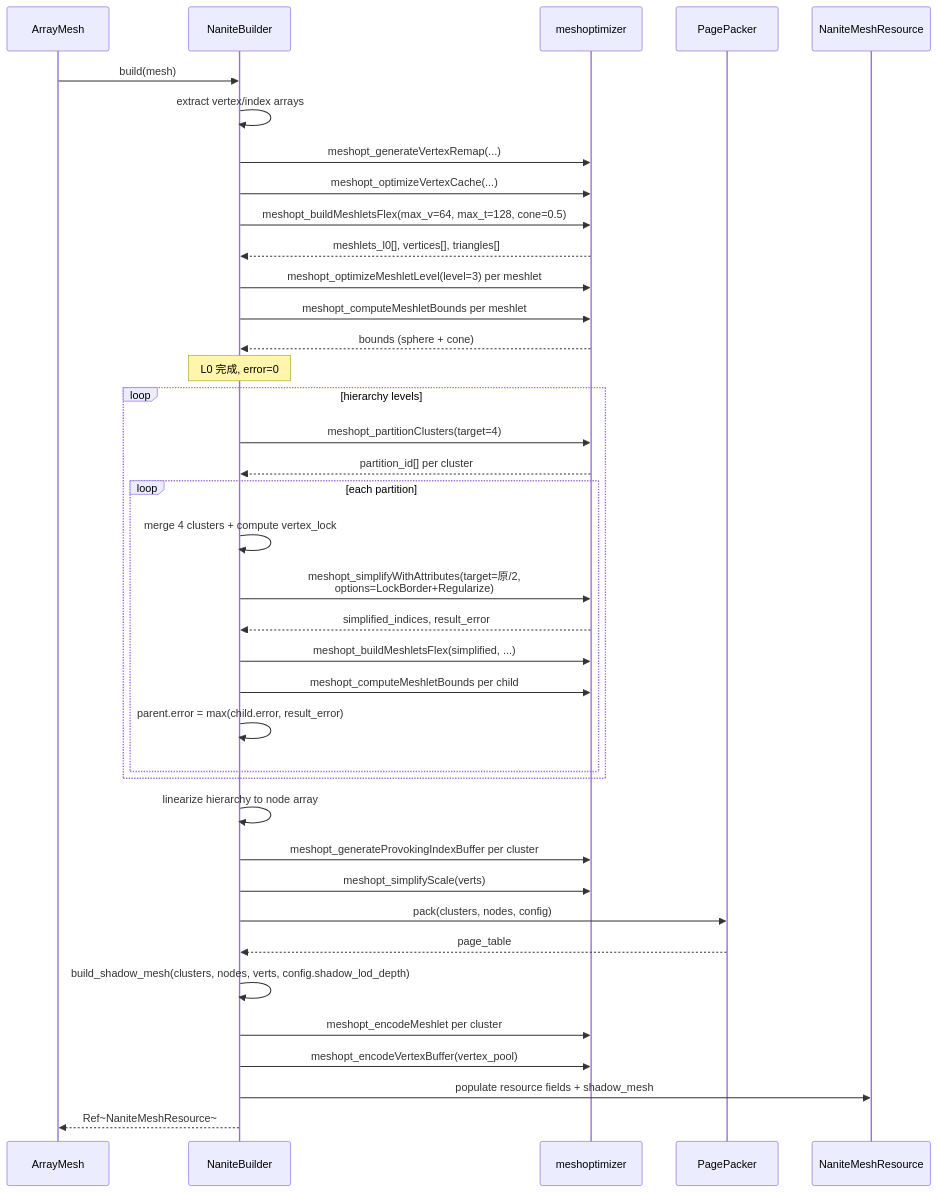
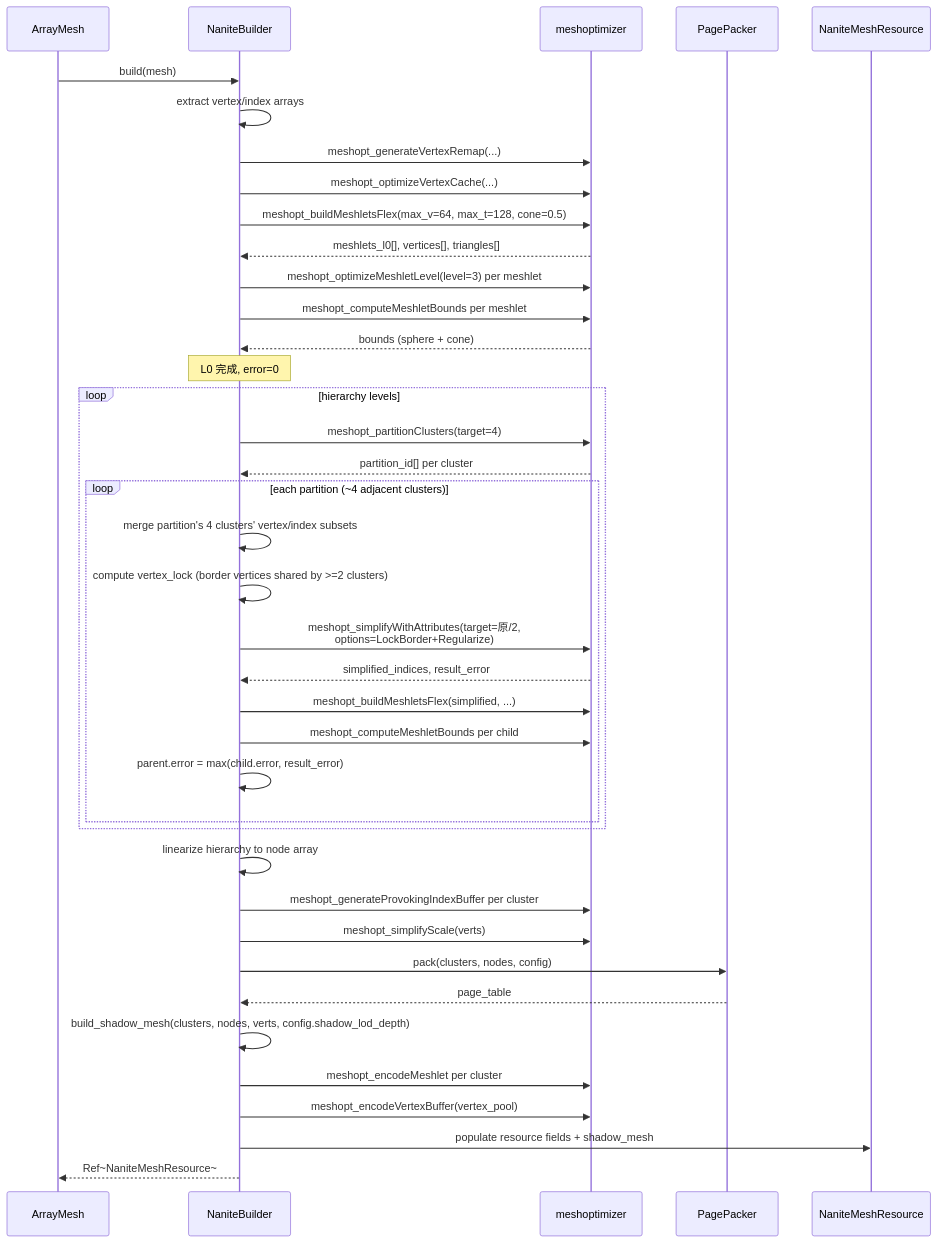
The ninth of 19 diagrams in nanite_doc/nanite-overall-design.md (alonecat06/godot), drawn with Mermaid before and after one commit. The commit also changed other lines of this file and 1 other file, not shown here.

````diff
--- a/nanite_doc/nanite-overall-design.md
+++ b/nanite_doc/nanite-overall-design.md
@@ -1133,43 +1140,44 @@
 ```mermaid
 sequenceDiagram
     participant ST as ArrayMesh
     participant B as NaniteBuilder
     participant MO as meshoptimizer
     participant PP as PagePacker
     participant R as NaniteMeshResource
 
     ST->>B: build(mesh)
     B->>B: extract vertex/index arrays
     B->>MO: meshopt_generateVertexRemap(...)
     B->>MO: meshopt_optimizeVertexCache(...)
     B->>MO: meshopt_buildMeshletsFlex(max_v=64, max_t=128, cone=0.5)
     MO-->>B: meshlets_l0[], vertices[], triangles[]
     B->>MO: meshopt_optimizeMeshletLevel(level=3) per meshlet
     B->>MO: meshopt_computeMeshletBounds per meshlet
     MO-->>B: bounds (sphere + cone)
     Note over B: L0 完成, error=0
 
     loop hierarchy levels
         B->>MO: meshopt_partitionClusters(target=4)
         MO-->>B: partition_id[] per cluster
-        loop each partition
-            B->>B: merge 4 clusters + compute vertex_lock
+        loop each partition (~4 adjacent clusters)
+            B->>B: merge partition's 4 clusters' vertex/index subsets
+            B->>B: compute vertex_lock (border vertices shared by >=2 clusters)
             B->>MO: meshopt_simplifyWithAttributes(target=原/2,<br/>options=LockBorder+Regularize)
             MO-->>B: simplified_indices, result_error
             B->>MO: meshopt_buildMeshletsFlex(simplified, ...)
             B->>MO: meshopt_computeMeshletBounds per child
             B->>B: parent.error = max(child.error, result_error)
         end
     end
 
     B->>B: linearize hierarchy to node array
     B->>MO: meshopt_generateProvokingIndexBuffer per cluster
     B->>MO: meshopt_simplifyScale(verts)  # 误差归一化
     B->>PP: pack(clusters, nodes, config)
     PP-->>B: page_table
     B->>B: build_shadow_mesh(clusters, nodes, verts, config.shadow_lod_depth)
     B->>MO: meshopt_encodeMeshlet per cluster
     B->>MO: meshopt_encodeVertexBuffer(vertex_pool)
     B->>R: populate resource fields + shadow_mesh
     B-->>ST: Ref~NaniteMeshResource~
 ```
````
